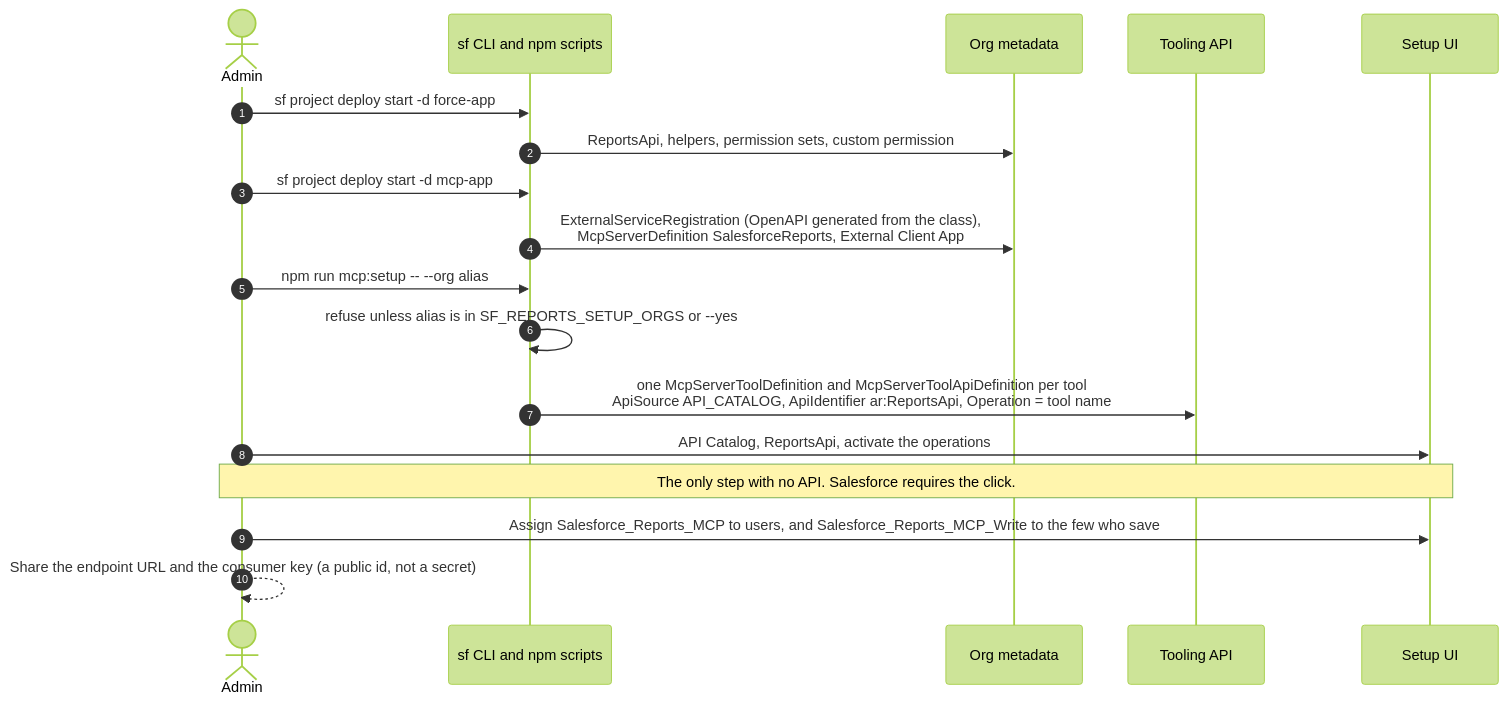
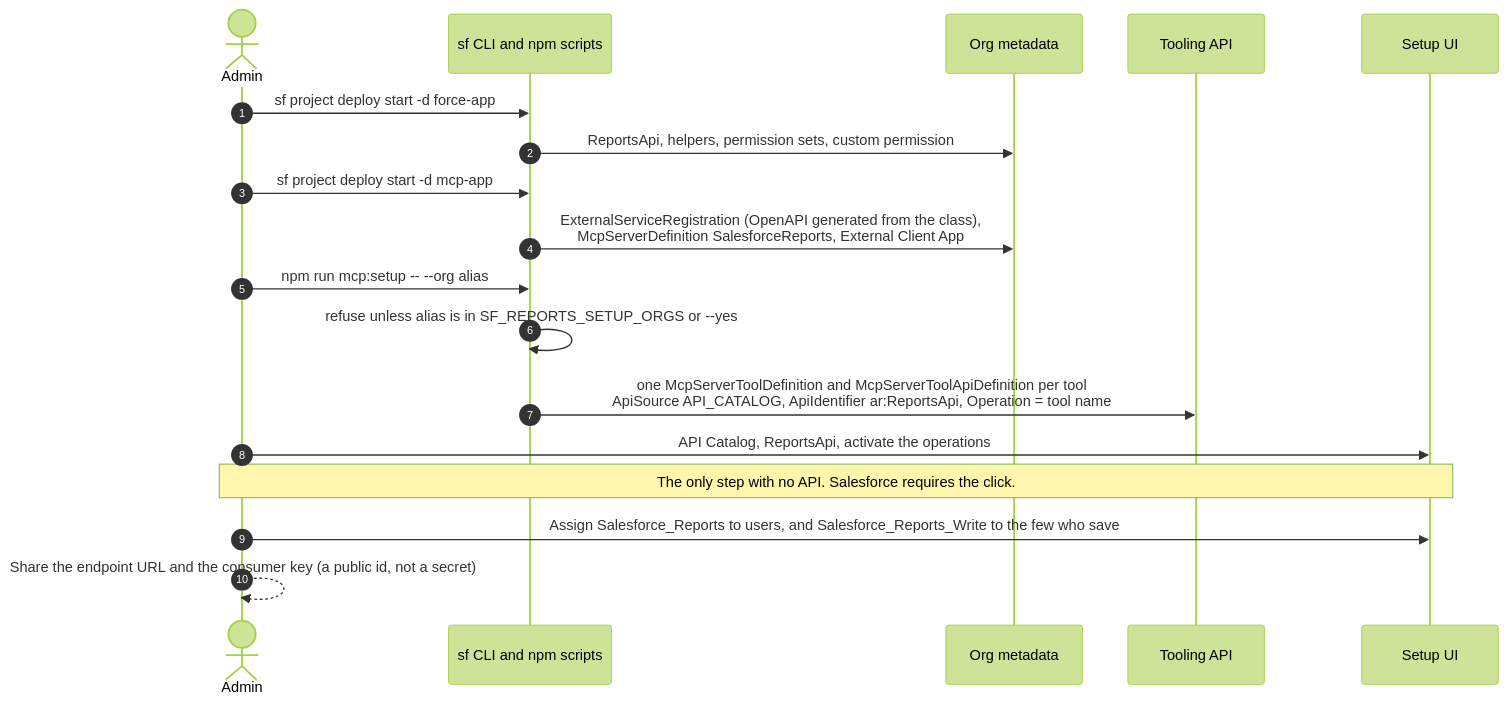
The third of 5 diagrams in docs/architecture.md (nelsben/salesforce-reports-mcp), drawn with Mermaid (forest theme) before and after one commit. The commit also changed other lines of this file and 25 other files, not shown here.

````diff
--- a/docs/architecture.md
+++ b/docs/architecture.md
@@ -132,21 +132,21 @@
 ```mermaid
 sequenceDiagram
   autonumber
   actor A as Admin
   participant CLI as sf CLI and npm scripts
   participant ORG as Org metadata
   participant TOOL as Tooling API
   participant SETUP as Setup UI
 
   A->>CLI: sf project deploy start -d force-app
   CLI->>ORG: ReportsApi, helpers, permission sets, custom permission
   A->>CLI: sf project deploy start -d mcp-app
   CLI->>ORG: ExternalServiceRegistration (OpenAPI generated from the class),<br/>McpServerDefinition SalesforceReports, External Client App
   A->>CLI: npm run mcp:setup -- --org alias
   CLI->>CLI: refuse unless alias is in SF_REPORTS_SETUP_ORGS or --yes
   CLI->>TOOL: one McpServerToolDefinition and McpServerToolApiDefinition per tool<br/>ApiSource API_CATALOG, ApiIdentifier ar:ReportsApi, Operation = tool name
   A->>SETUP: API Catalog, ReportsApi, activate the operations
   Note over A,SETUP: The only step with no API. Salesforce requires the click.
-  A->>SETUP: Assign Salesforce_Reports_MCP to users, and Salesforce_Reports_MCP_Write to the few who save
+  A->>SETUP: Assign Salesforce_Reports to users, and Salesforce_Reports_Write to the few who save
   A-->>A: Share the endpoint URL and the consumer key (a public id, not a secret)
 ```
````
